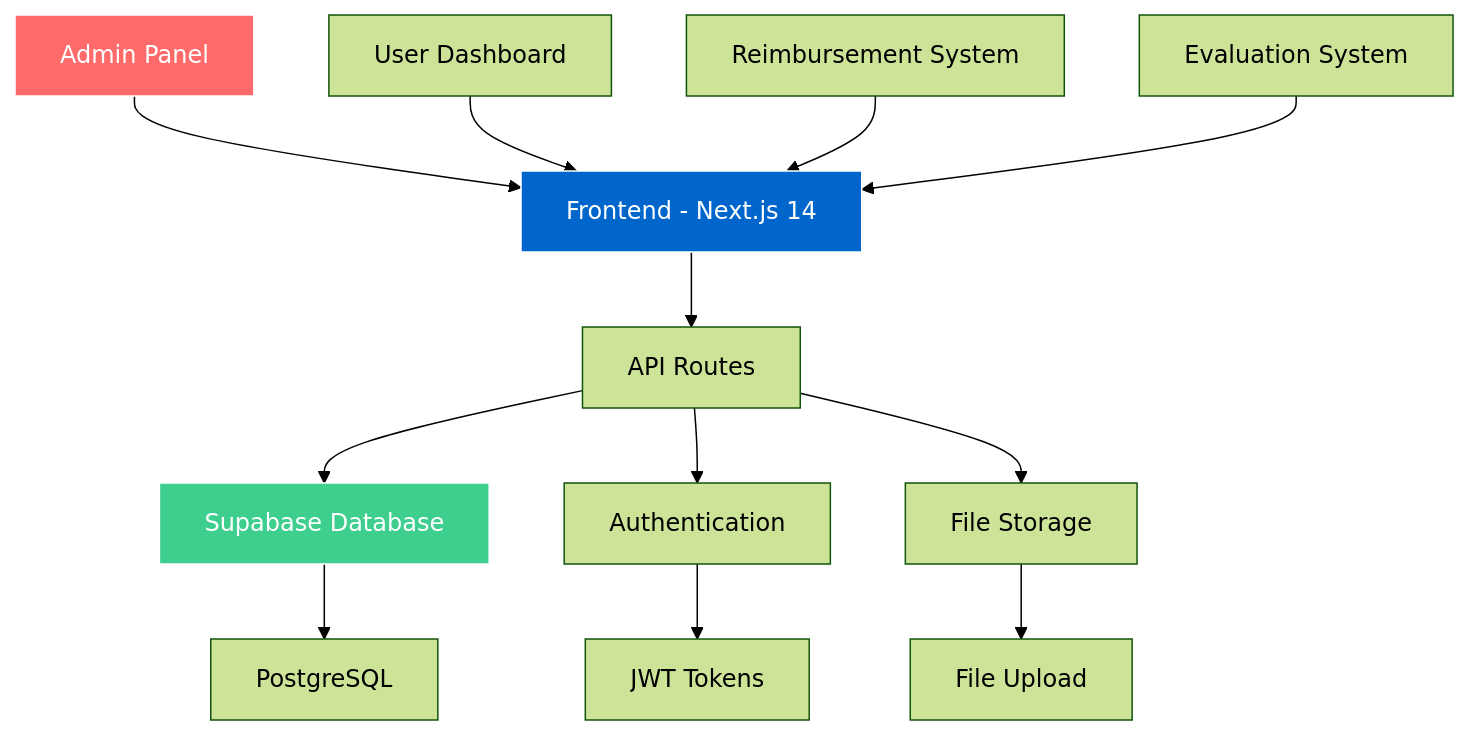
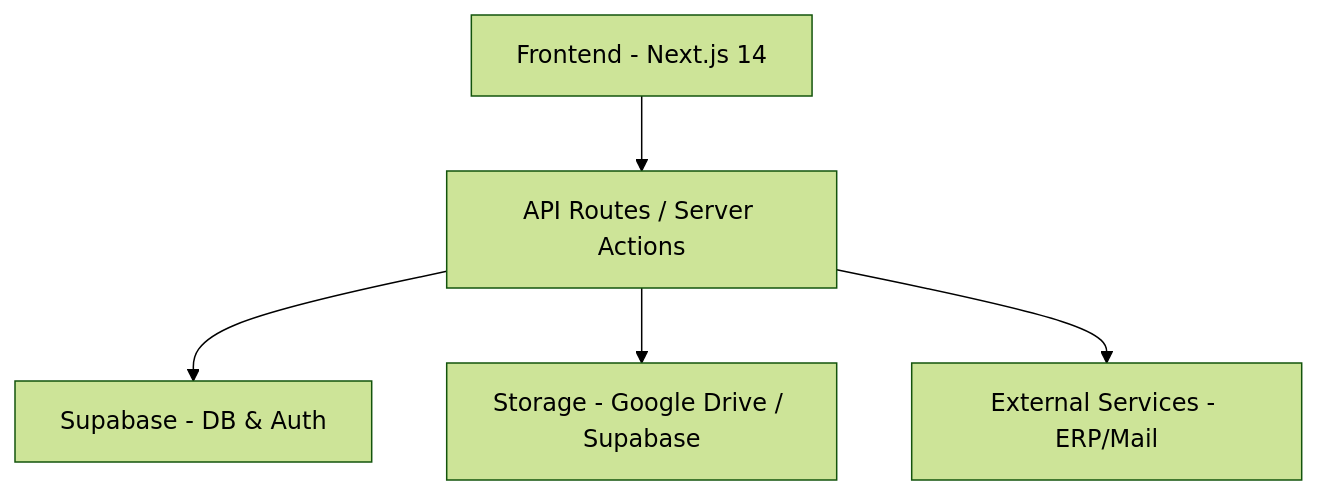
Before and after one commit to Caiolinooo/painelabz: the diagram in README.md, drawn with Mermaid (forest theme). The commit also changed other lines of this file and 24 other files, not shown here.

````diff
--- a/README.md
+++ b/README.md
@@ -72,20 +49,7 @@
 ```mermaid
 graph TB
-    A[Frontend - Next.js 14] --> B[API Routes]
-    B --> C[Supabase Database]
-    B --> D[Authentication]
-    B --> E[File Storage]
-
-    F[Admin Panel] --> A
-    G[User Dashboard] --> A
-    H[Reimbursement System] --> A
-    I[Evaluation System] --> A
-
-    C --> J[PostgreSQL]
-    D --> K[JWT Tokens]
-    E --> L[File Upload]
-
-    style A fill:#0066cc,stroke:#fff,color:#fff
-    style C fill:#3ecf8e,stroke:#fff,color:#fff
-    style F fill:#ff6b6b,stroke:#fff,color:#fff
+    A[Frontend - Next.js 14] --> B[API Routes / Server Actions]
+    B --> C[Supabase - DB & Auth]
+    B --> D[Storage - Google Drive / Supabase]
+    B --> E[External Services - ERP/Mail]
 ```
````
